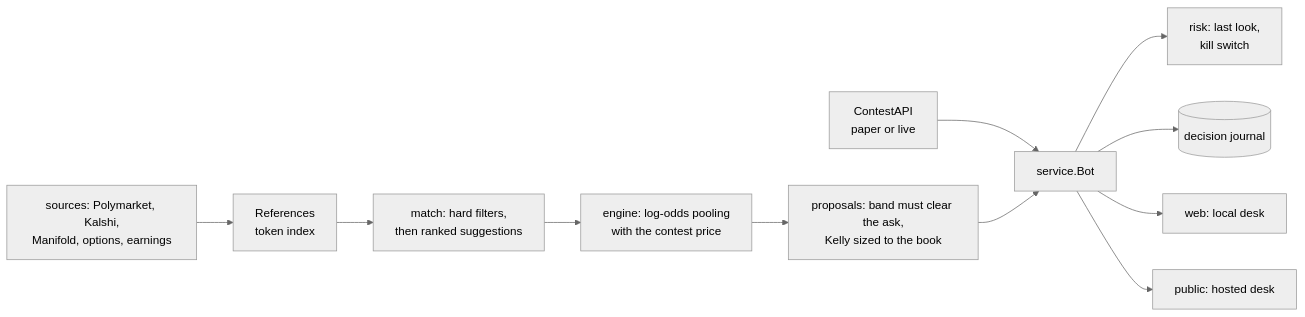
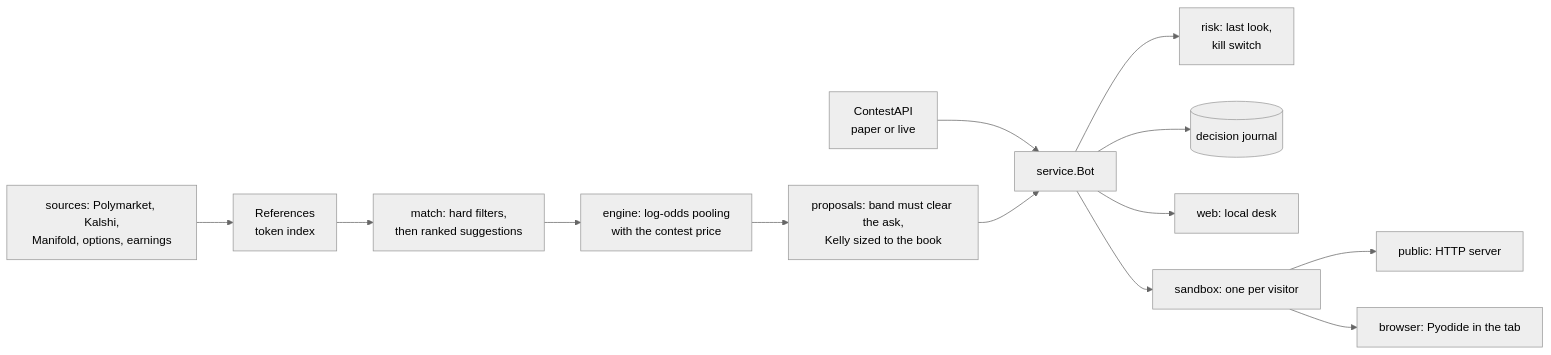
The second of 2 diagrams in ARCHITECTURE.md (tanaymihani/markout), drawn with Mermaid (neutral theme) before and after one commit. The commit also changed other lines of this file and 99 other files, not shown here.

First line of the commit message:
Release 1.1.0: the desk runs live on the site, in the visitor's browser

````diff
--- a/ARCHITECTURE.md
+++ b/ARCHITECTURE.md
@@ -76,13 +76,15 @@
 ```mermaid
 flowchart LR
     SRC[sources: Polymarket, Kalshi,<br/>Manifold, options, earnings] --> REF[References<br/>token index]
     REF --> MATCH[match: hard filters,<br/>then ranked suggestions]
     API[ContestAPI<br/>paper or live] --> BOT
     MATCH --> ENG[engine: log-odds pooling<br/>with the contest price]
     ENG --> PROP[proposals: band must clear the ask,<br/>Kelly sized to the book]
     PROP --> BOT[service.Bot]
     BOT --> RISK[risk: last look,<br/>kill switch]
     BOT --> J[(decision journal)]
     BOT --> WEB[web: local desk]
-    BOT --> PUB[public: hosted desk]
+    BOT --> SBX[sandbox: one per visitor]
+    SBX --> PUB[public: HTTP server]
+    SBX --> BRW[browser: Pyodide in the tab]
 ```
````
